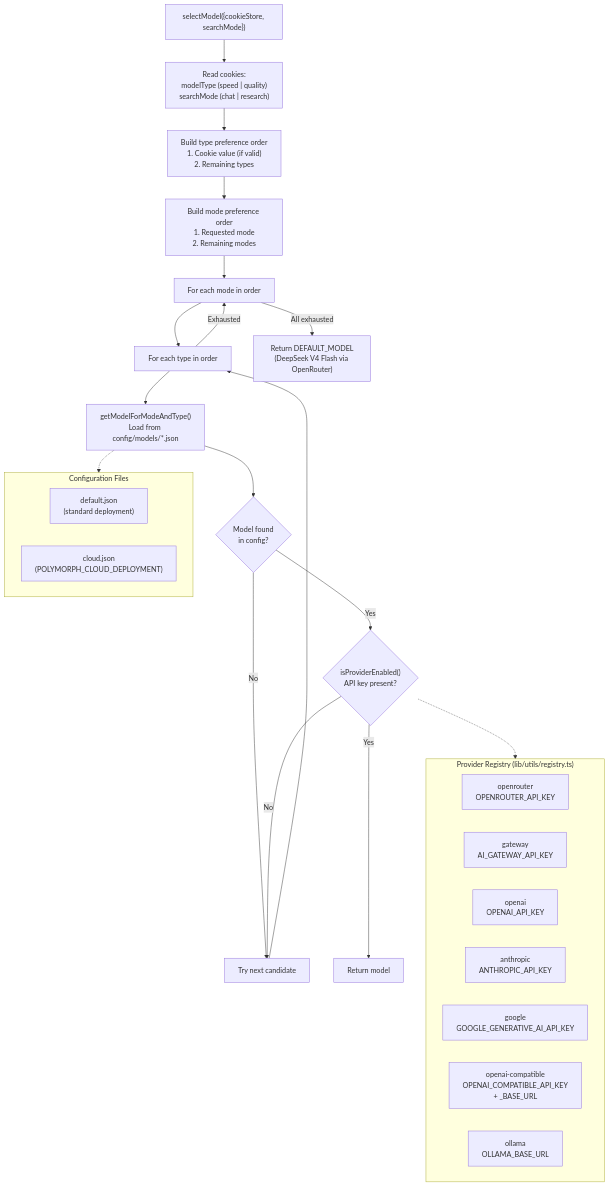
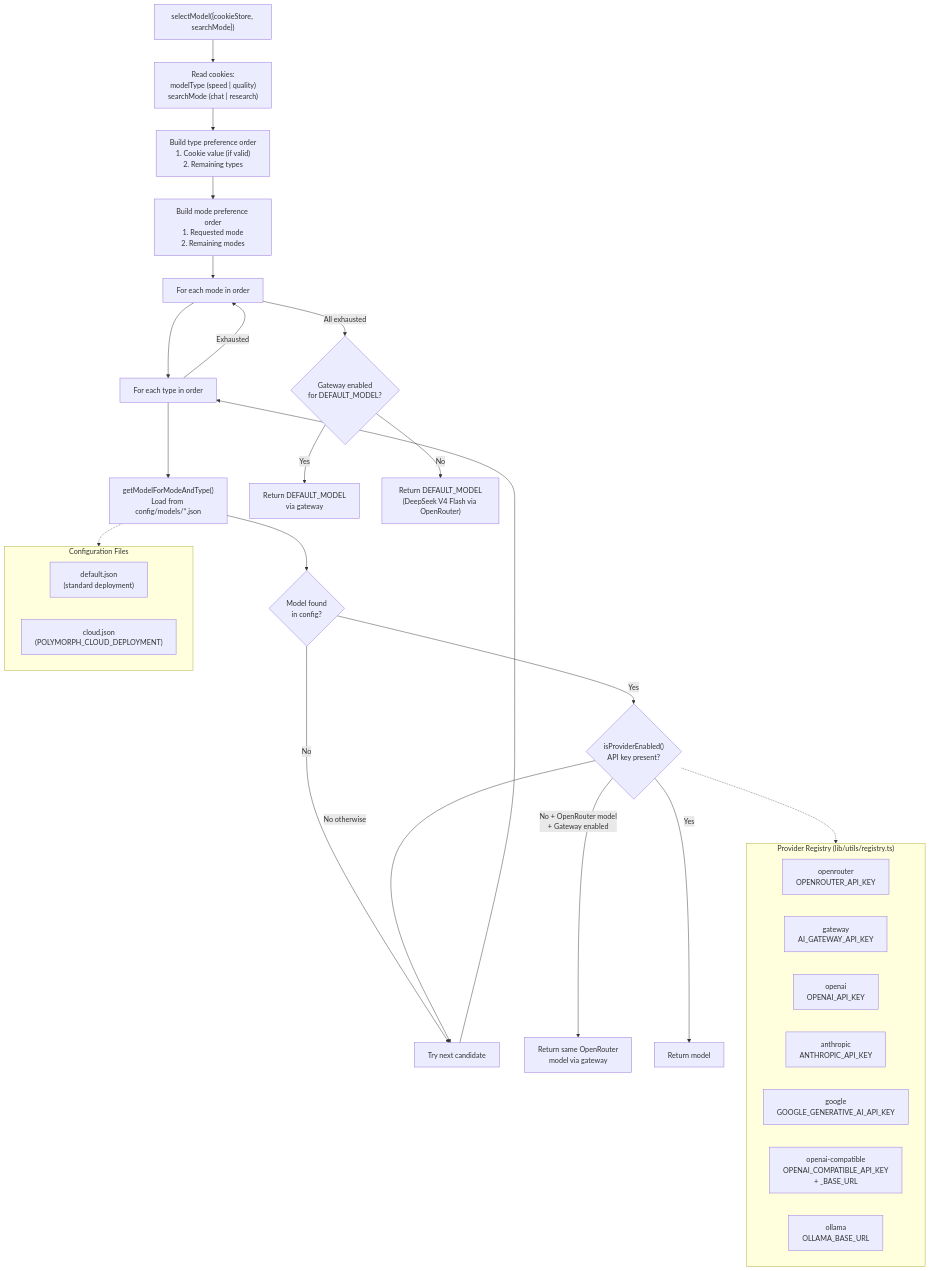
The eighth of 10 diagrams in docs/architecture/OVERVIEW.md (NickB03/polymorph), drawn with Mermaid before and after one commit. The commit also changed other lines of this file and 2 other files, not shown here.

Commit message:
docs: address PR 232 review findings

````diff
--- a/docs/architecture/OVERVIEW.md
+++ b/docs/architecture/OVERVIEW.md
@@ -606,45 +606,51 @@
 ```mermaid
 flowchart TD
     Start["selectModel({cookieStore, searchMode})"]
     ReadCookies["Read cookies:<br/>modelType (speed | quality)<br/>searchMode (chat | research)"]
     BuildTypeOrder["Build type preference order<br/>1. Cookie value (if valid)<br/>2. Remaining types"]
     BuildModeOrder["Build mode preference order<br/>1. Requested mode<br/>2. Remaining modes"]
 
     LoopModes["For each mode in order"]
     LoopTypes["For each type in order"]
     LoadConfig["getModelForModeAndType()<br/>Load from config/models/*.json"]
     ConfigFound{"Model found<br/>in config?"}
     ProviderEnabled{"isProviderEnabled()<br/>API key present?"}
     ReturnModel["Return model"]
+    GatewayFallback["Return same OpenRouter<br/>model via gateway"]
     NextCandidate["Try next candidate"]
+    DefaultGatewayCheck{"Gateway enabled<br/>for DEFAULT_MODEL?"}
+    DefaultGateway["Return DEFAULT_MODEL<br/>via gateway"]
     DefaultModel["Return DEFAULT_MODEL<br/>(DeepSeek V4 Flash via OpenRouter)"]
 
     subgraph ConfigFiles["Configuration Files"]
         DefaultJSON["default.json<br/>(standard deployment)"]
         CloudJSON["cloud.json<br/>(POLYMORPH_CLOUD_DEPLOYMENT)"]
     end
 
     subgraph Providers["Provider Registry (lib/utils/registry.ts)"]
         OpenRouter["openrouter<br/>OPENROUTER_API_KEY"]
         Gateway["gateway<br/>AI_GATEWAY_API_KEY"]
         OpenAI["openai<br/>OPENAI_API_KEY"]
         Anthropic["anthropic<br/>ANTHROPIC_API_KEY"]
         Google["google<br/>GOOGLE_GENERATIVE_AI_API_KEY"]
         OpenAICompat["openai-compatible<br/>OPENAI_COMPATIBLE_API_KEY<br/>+ _BASE_URL"]
         Ollama["ollama<br/>OLLAMA_BASE_URL"]
     end
 
     Start --> ReadCookies --> BuildTypeOrder --> BuildModeOrder
     BuildModeOrder --> LoopModes --> LoopTypes
     LoopTypes --> LoadConfig --> ConfigFound
     ConfigFound -->|No| NextCandidate
     ConfigFound -->|Yes| ProviderEnabled
-    ProviderEnabled -->|No| NextCandidate
+    ProviderEnabled -->|"No + OpenRouter model<br/>+ Gateway enabled"| GatewayFallback
+    ProviderEnabled -->|No otherwise| NextCandidate
     ProviderEnabled -->|Yes| ReturnModel
     NextCandidate --> LoopTypes
     LoopTypes -->|"Exhausted"| LoopModes
-    LoopModes -->|"All exhausted"| DefaultModel
+    LoopModes -->|"All exhausted"| DefaultGatewayCheck
+    DefaultGatewayCheck -->|Yes| DefaultGateway
+    DefaultGatewayCheck -->|No| DefaultModel
 
     LoadConfig -.-> ConfigFiles
     ProviderEnabled -.-> Providers
 ```
````
